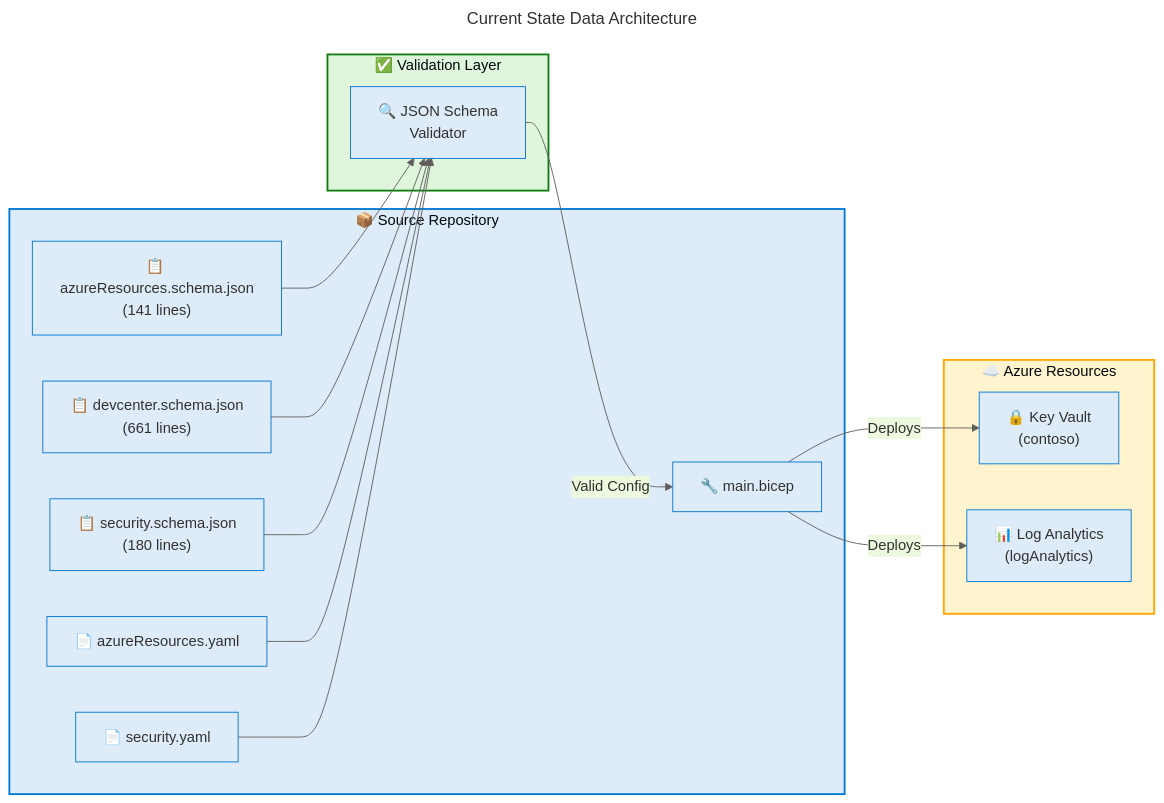
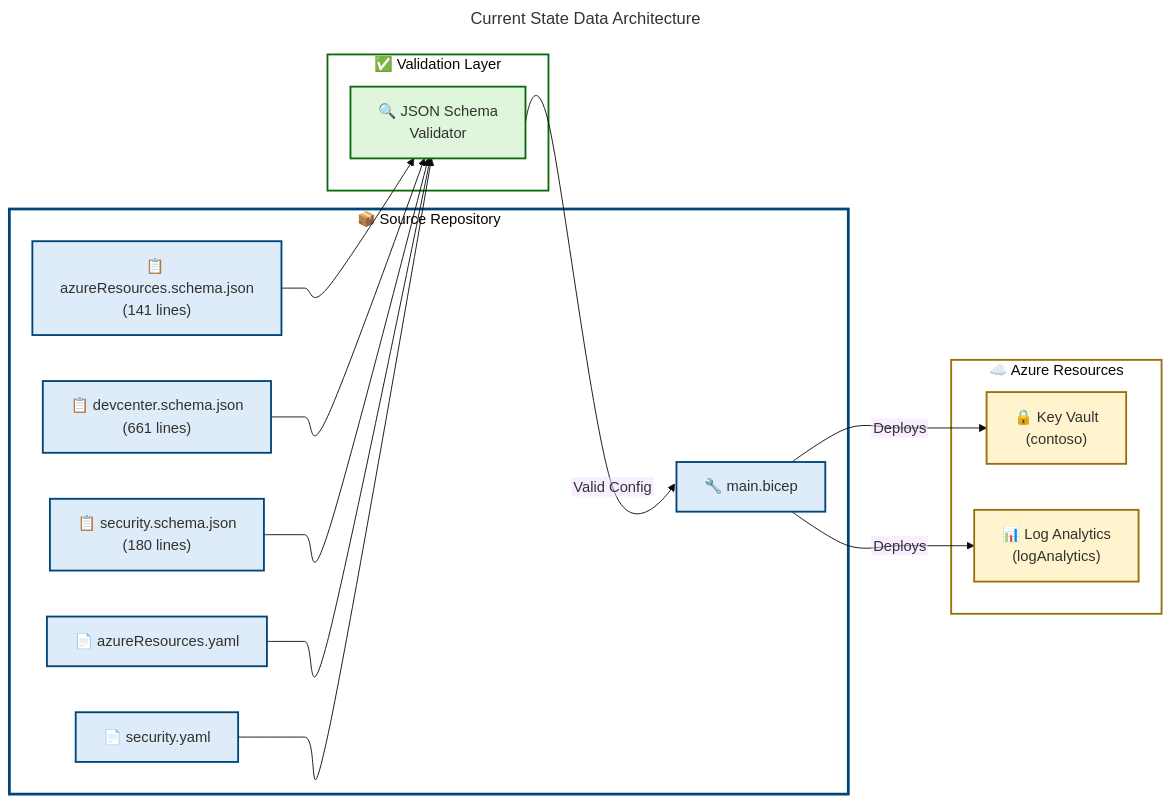
Before and after one commit to Evilazaro/DevExp-DevBox: the third of 6 diagrams in docs/architecture/Data-Architecture.md, drawn with Mermaid. The commit also changed other lines of this file and 1 other file, not shown here.

Commit message:
fix: enhance clarity and detail in Business and Data Architecture documentation

````diff
--- a/docs/architecture/Data-Architecture.md
+++ b/docs/architecture/Data-Architecture.md
@@ -257,45 +311,79 @@
 ```mermaid
 ---
 title: Current State Data Architecture
 config:
   theme: base
   themeVariables:
-    primaryColor: "#DEECF9"
-    primaryTextColor: "#323130"
-    primaryBorderColor: "#0078D4"
-    lineColor: "#605E5C"
+    fontSize: '16px'
+  flowchart:
+    htmlLabels: false
+    curve: cardinal
+    nodeSpacing: 50
+    rankSpacing: 50
 ---
 flowchart LR
     accTitle: Current State Data Architecture Diagram
-    accDescr: Shows current data architecture with schemas, models, and Azure stores
+    accDescr: Comprehensive diagram showing current data architecture with source repository containing schemas and models, validation layer for schema validation, and Azure resources including Key Vault and Log Analytics with deployment relationships
+
+    %% ═══════════════════════════════════════════════════════════════════════════
+    %% AZURE / FLUENT ARCHITECTURE PATTERN v1.1
+    %% (Semantic + Structural + Font + Accessibility Governance)
+    %% ═══════════════════════════════════════════════════════════════════════════
+    %% PHASE 1 - STRUCTURAL: LR direction explicit, 3 subgraphs representing layers
+    %% PHASE 2 - SEMANTIC: 3 semantic colors with data flow justification:
+    %%   azureBlue (#DEECF9) = source/configuration layer (information)
+    %%   successGreen (#DFF6DD) = validation layer (quality gate)
+    %%   sharedYellow (#FFF4CE) = Azure resources (deployment target)
+    %% PHASE 3 - FONT: Dark text #323130 on light backgrounds (WCAG AA 4.5:1 contrast)
+    %% PHASE 4 - ACCESSIBILITY: accTitle/accDescr present, all nodes have emoji icons
+    %% PHASE 5 - STANDARD: 3 subgraphs at same level, semantic colors on content nodes
+    %% ═══════════════════════════════════════════════════════════════════════════
 
     subgraph source["📦 Source Repository"]
-        style source fill:#DEECF9,stroke:#0078D4,stroke-width:2px
-        S1["📋 azureResources.schema.json<br/>(141 lines)"]
-        S2["📋 devcenter.schema.json<br/>(661 lines)"]
-        S3["📋 security.schema.json<br/>(180 lines)"]
-        M1["📄 azureResources.yaml"]
-        M2["📄 security.yaml"]
-        M3["🔧 main.bicep"]
+        S1["📋 azureResources.schema.json<br/>(141 lines)"]:::azureBlue
+        S2["📋 devcenter.schema.json<br/>(661 lines)"]:::azureBlue
+        S3["📋 security.schema.json<br/>(180 lines)"]:::azureBlue
+        M1["📄 azureResources.yaml"]:::azureBlue
+        M2["📄 security.yaml"]:::azureBlue
+        M3["🔧 main.bicep"]:::azureBlue
     end
 
     subgraph validation["✅ Validation Layer"]
-        style validation fill:#DFF6DD,stroke:#107C10,stroke-width:2px
-        V1["🔍 JSON Schema<br/>Validator"]
+        V1["🔍 JSON Schema<br/>Validator"]:::successGreen
     end
 
     subgraph azure["☁️ Azure Resources"]
-        style azure fill:#FFF4CE,stroke:#FFA500,stroke-width:2px
-        A1["🔒 Key Vault<br/>(contoso)"]
-        A2["📊 Log Analytics<br/>(logAnalytics)"]
+        A1["🔒 Key Vault<br/>(contoso)"]:::sharedYellow
+        A2["📊 Log Analytics<br/>(logAnalytics)"]:::sharedYellow
     end
 
     S1 --> V1
     S2 --> V1
     S3 --> V1
     M1 --> V1
     M2 --> V1
     V1 -->|Valid Config| M3
     M3 -->|Deploys| A1
     M3 -->|Deploys| A2
+
+    %% Required classDef palette (ALL 14 - MANDATORY per MRM-D002)
+    classDef level1Group fill:#FFFFFF,stroke:#605E5C,stroke-width:3px,color:#323130
+    classDef level2Group fill:#F3F2F1,stroke:#605E5C,stroke-width:2px,color:#323130
+    classDef level3Group fill:#E1DFDD,stroke:#605E5C,stroke-width:2px,color:#323130
+    classDef level4Group fill:#D2D0CE,stroke:#605E5C,stroke-width:1px,color:#323130
+    classDef mainGroup fill:#FFFFFF,stroke:#605E5C,stroke-width:3px,color:#323130
+    classDef subGroup fill:#F3F2F1,stroke:#605E5C,stroke-width:2px,color:#323130
+    classDef azureBlue fill:#DEECF9,stroke:#004578,stroke-width:2px,color:#323130
+    classDef successGreen fill:#DFF6DD,stroke:#0B6A0B,stroke-width:2px,color:#323130
+    classDef errorRed fill:#FDE7E9,stroke:#A4262C,stroke-width:2px,color:#323130
+    classDef sharedYellow fill:#FFF4CE,stroke:#986F0B,stroke-width:2px,color:#323130
+    classDef warningOrange fill:#FDE7E9,stroke:#8A3707,stroke-width:2px,color:#323130
+    classDef neutralPurple fill:#E1DFDD,stroke:#5B5FC7,stroke-width:2px,color:#323130
+    classDef presenceTeal fill:#C8F0E7,stroke:#00666B,stroke-width:2px,color:#323130
+    classDef neutralGrey fill:#F3F2F1,stroke:#605E5C,stroke-width:2px,color:#323130
+
+    %% Subgraph styling (3 subgraphs = 3 style directives)
+    style source fill:#FFFFFF,stroke:#004578,stroke-width:3px
+    style validation fill:#FFFFFF,stroke:#0B6A0B,stroke-width:2px
+    style azure fill:#FFFFFF,stroke:#986F0B,stroke-width:2px
 ```
````
